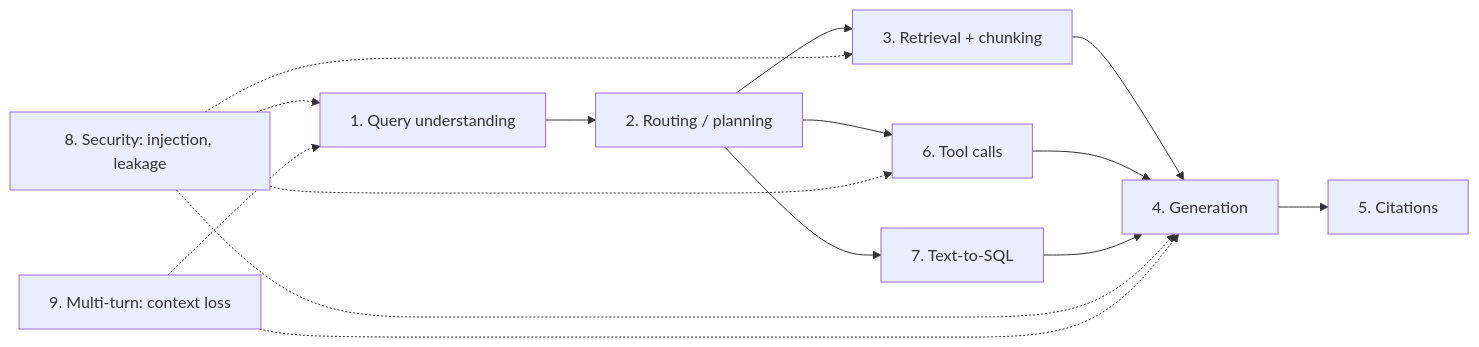
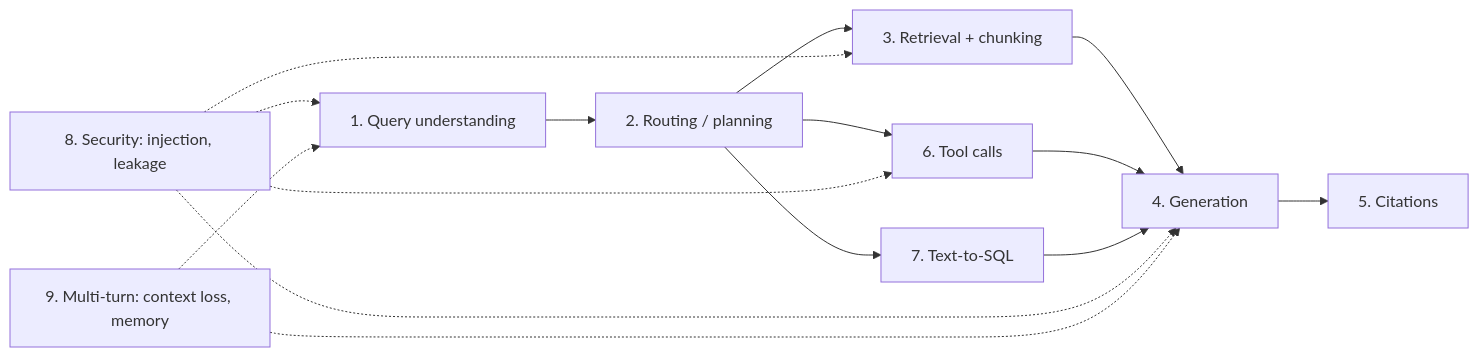
The diagram in research/00-foundations/03-agentic-rag-failure-modes.md (Sarangk90/awesome-agent-evals-and-guardrails), drawn with Mermaid before and after one commit. The commit also changed other lines of this file and 4 other files, not shown here.

````diff
--- a/research/00-foundations/03-agentic-rag-failure-modes.md
+++ b/research/00-foundations/03-agentic-rag-failure-modes.md
@@ -26,17 +26,17 @@
 ```mermaid
 flowchart LR
     Q["1. Query understanding"] --> R["2. Routing / planning"]
     R --> RET["3. Retrieval + chunking"]
     RET --> GEN["4. Generation"]
     GEN --> CIT["5. Citations"]
     R --> TOOL["6. Tool calls"]
     R --> SQL["7. Text-to-SQL"]
     TOOL --> GEN
     SQL --> GEN
     SEC["8. Security: injection, leakage"] -.-> Q
     SEC -.-> RET
     SEC -.-> TOOL
     SEC -.-> GEN
-    MT["9. Multi-turn: context loss"] -.-> Q
+    MT["9. Multi-turn: context loss, memory"] -.-> Q
     MT -.-> GEN
 ```
````
